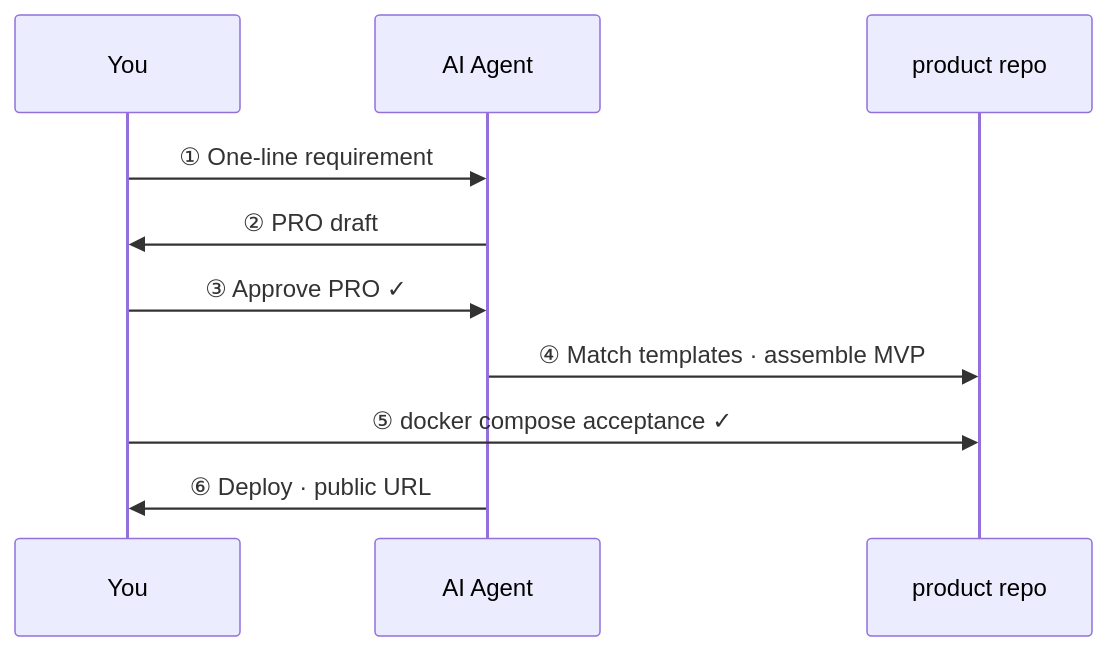
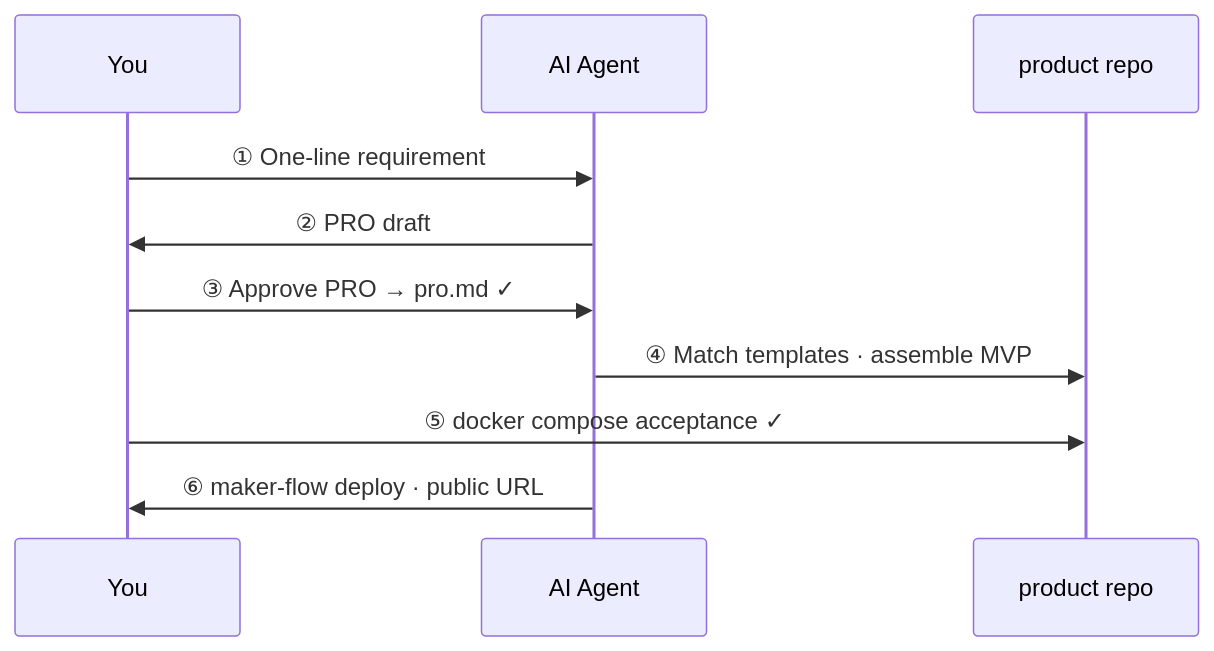
The diagram in docs/getting-started.md (LJTian/maker-flow), drawn with Mermaid before and after one commit. The commit also changed other lines of this file and 25 other files, not shown here.

````diff
--- a/docs/getting-started.md
+++ b/docs/getting-started.md
@@ -29,13 +29,13 @@
 ```mermaid
 sequenceDiagram
     participant U as You
     participant A as AI Agent
     participant P as product repo
 
     U->>A: ① One-line requirement
     A->>U: ② PRO draft
-    U->>A: ③ Approve PRO ✓
+    U->>A: ③ Approve PRO → pro.md ✓
     A->>P: ④ Match templates · assemble MVP
     U->>P: ⑤ docker compose acceptance ✓
-    A->>U: ⑥ Deploy · public URL
+    A->>U: ⑥ maker-flow deploy · public URL
 ```
````
